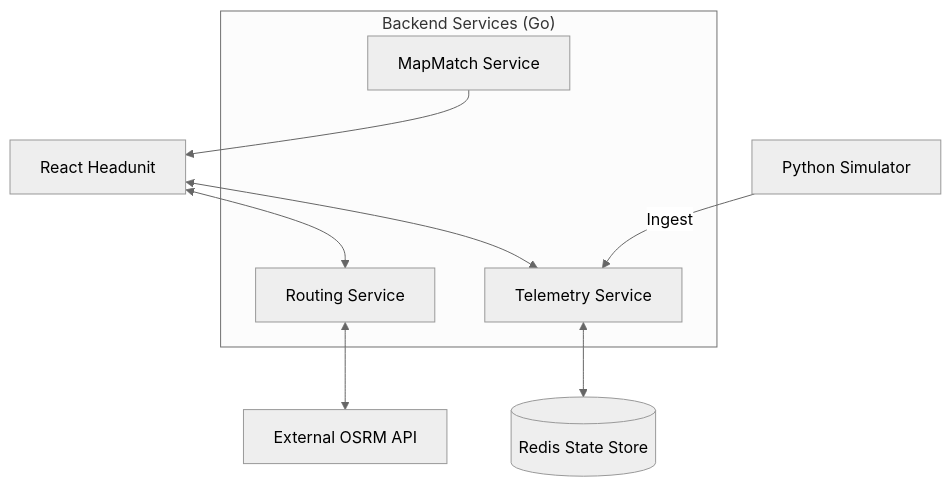
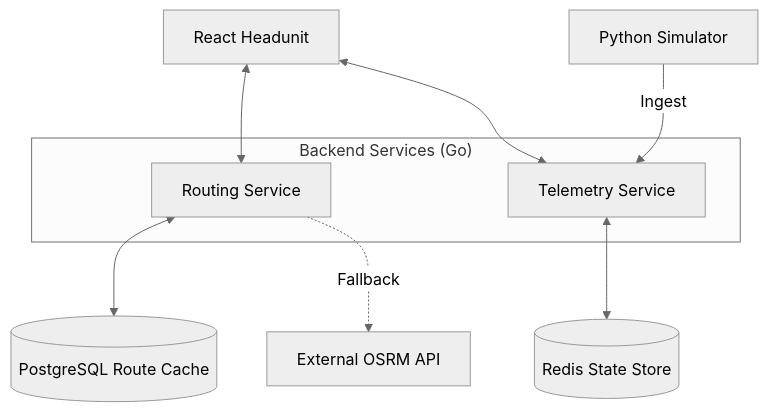
Before and after one commit to ritikZ18/NaviFly: the diagram in docs/ARCHITECTURE.md, drawn with Mermaid (neutral theme). The commit also changed other lines of this file and 18 other files, not shown here.

````diff
--- a/docs/ARCHITECTURE.md
+++ b/docs/ARCHITECTURE.md
@@ -7,16 +7,15 @@
 ```mermaid
 graph TD
     UI[React Headunit] <--> Routing[Routing Service]
     UI <--> Telemetry[Telemetry Service]
-    API[MapMatch Service] --> UI
     
     Sim[Python Simulator] -- Ingest --> Telemetry
     Telemetry <--> Redis[(Redis State Store)]
-    Routing <--> OSRM[External OSRM API]
+    Routing <--> DB[(PostgreSQL Route Cache)]
+    Routing -. Fallback .-> OSRM[External OSRM API]
     
     subgraph "Backend Services (Go)"
         Routing
         Telemetry
-        API
     end
 ```
````
